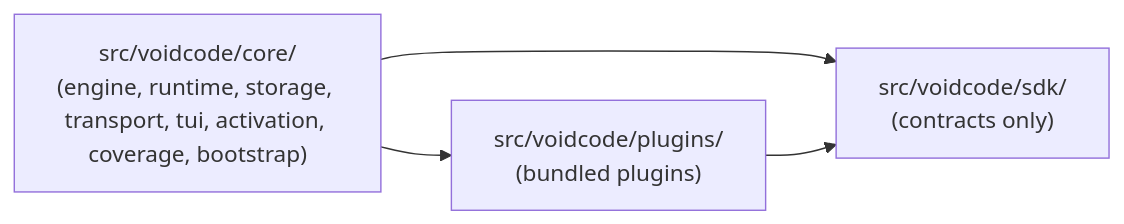
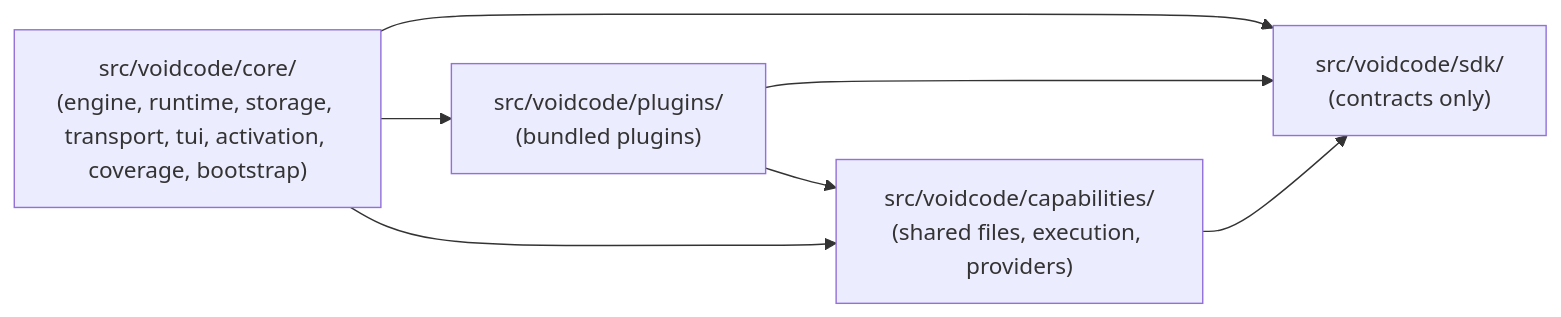
Before and after one commit to lei-jia-xing/voidcode: the diagram in AGENTS.md, drawn with Mermaid. The commit also changed other lines of this file and 124 other files, not shown here.

Commit message:
feat(core)!: provide built-in coding capabilities and decouple plugins

````diff
--- a/AGENTS.md
+++ b/AGENTS.md
@@ -9,10 +9,14 @@
 ```mermaid
 graph LR
     SDK["src/voidcode/sdk/<br/>(contracts only)"]
     Core["src/voidcode/core/<br/>(engine, runtime, storage, transport, tui, activation, coverage, bootstrap)"]
     Plugins["src/voidcode/plugins/<br/>(bundled plugins)"]
+    Capabilities["src/voidcode/capabilities/<br/>(shared files, execution, providers)"]
 
     Core --> SDK
     Plugins --> SDK
     Core --> Plugins
+    Core --> Capabilities
+    Plugins --> Capabilities
+    Capabilities --> SDK
 ```
````
